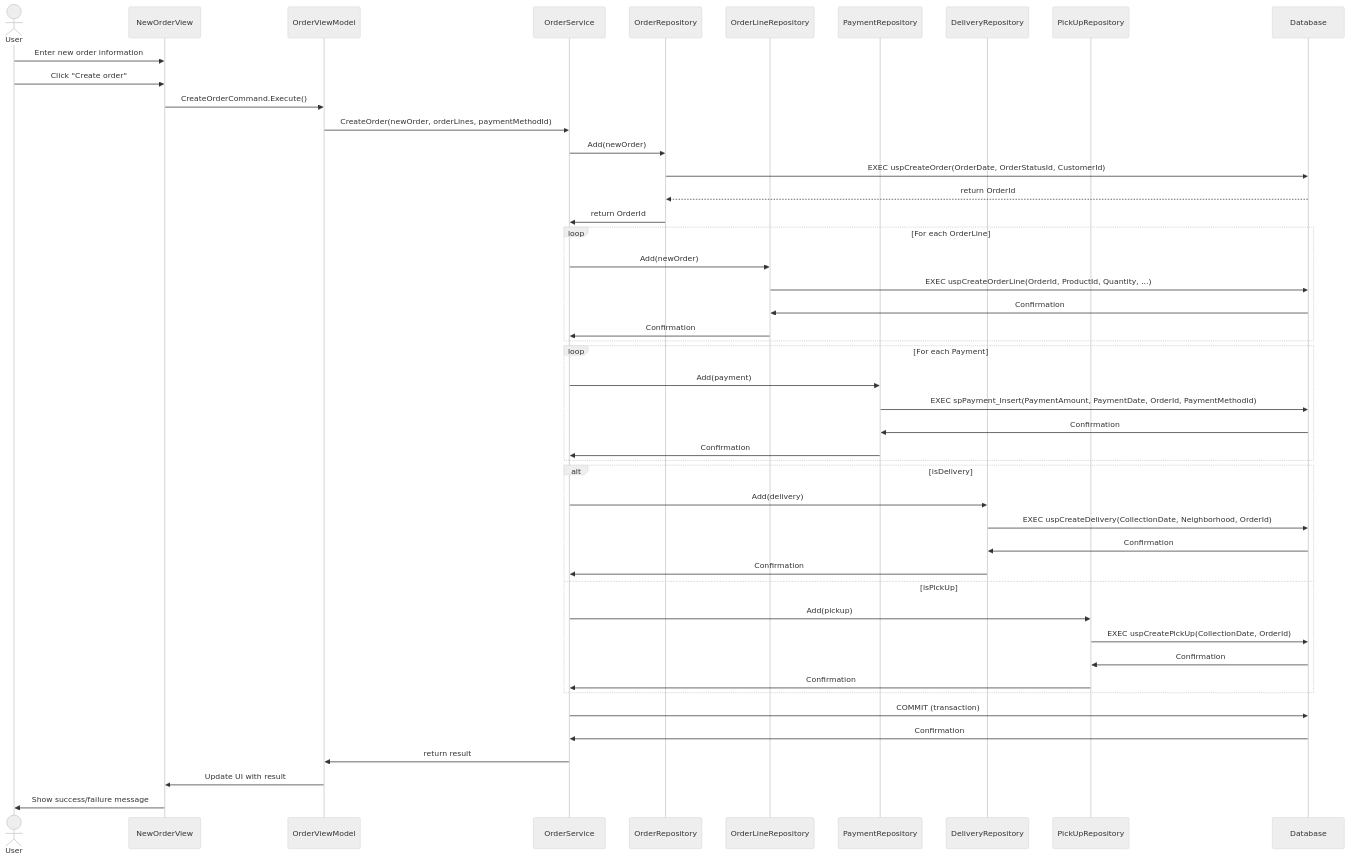
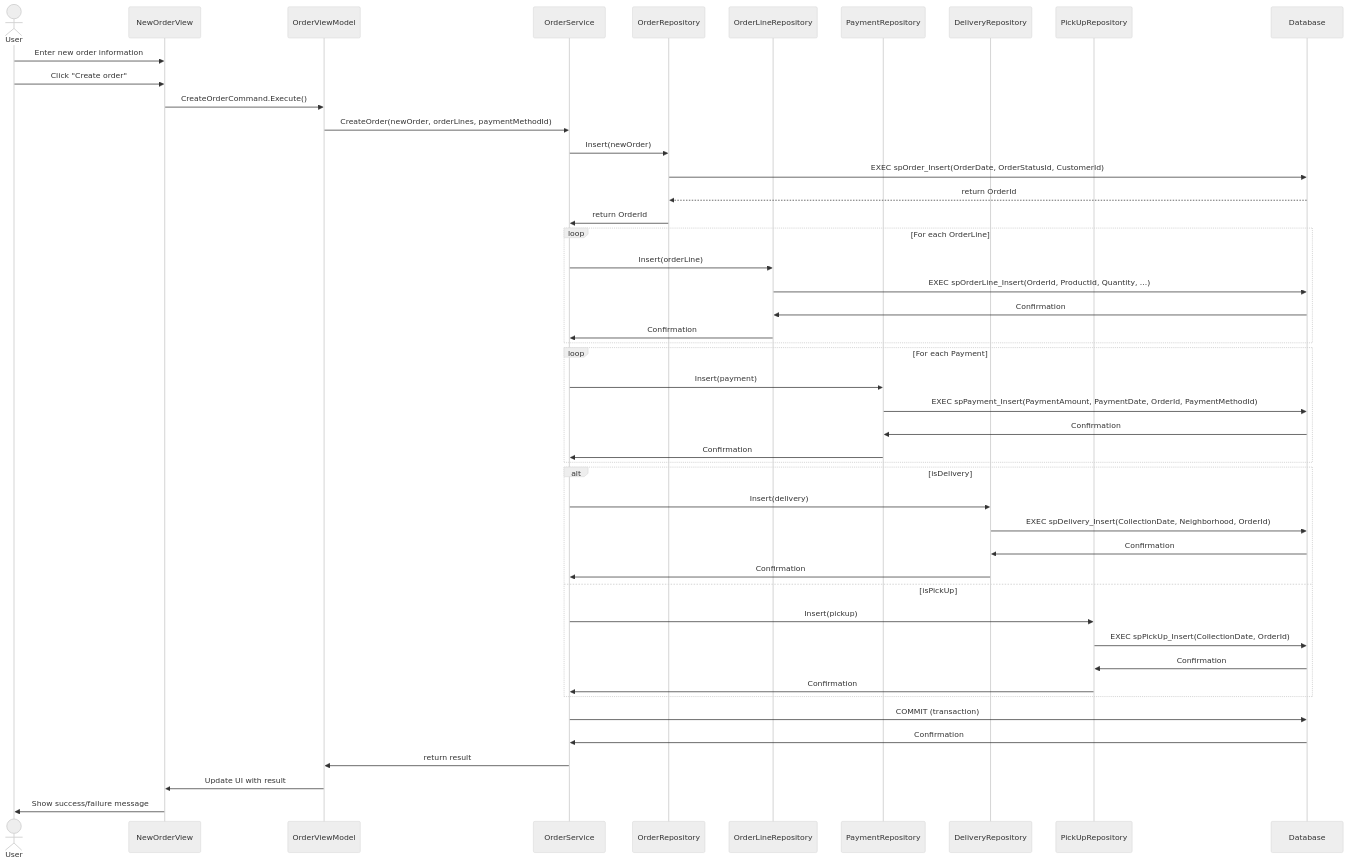
One commit to ilhamhashi/NBOrderManagerApp changed the diagram in OMSLibrary/UC1 - SD.mmd. Above: the diagram before and after it, drawn with Mermaid (neutral theme). The commit also changed 18 other files, not shown here.

```diff
--- a/OMSLibrary/UC1 - SD.mmd
+++ b/OMSLibrary/UC1 - SD.mmd
@@ -1,49 +1,49 @@
 sequenceDiagram 
 
 actor User 
 participant NewOrderView 
 participant OrderViewModel 
 participant OrderService 
 participant OrderRepository 
 participant OrderLineRepository 
 participant PaymentRepository 
 participant DeliveryRepository 
 participant PickUpRepository 
 participant Database 
 
 User->>NewOrderView: Enter new order information 
 User->>NewOrderView: Click "Create order" 
 NewOrderView->>OrderViewModel: CreateOrderCommand.Execute() 
 OrderViewModel->>OrderService: CreateOrder(newOrder, orderLines, paymentMethodId) 
-OrderService->>OrderRepository: Add(newOrder) 
-OrderRepository->>Database: EXEC uspCreateOrder(OrderDate, OrderStatusId, CustomerId) 
+OrderService->>OrderRepository: Insert(newOrder) 
+OrderRepository->>Database: EXEC spOrder_Insert(OrderDate, OrderStatusId, CustomerId) 
 Database-->>OrderRepository: return OrderId 
 OrderRepository->>OrderService: return OrderId 
 loop For each OrderLine 
-	OrderService ->> OrderLineRepository: Add(newOrder) 
-	OrderLineRepository ->> Database: EXEC uspCreateOrderLine(OrderId, ProductId, Quantity, ...) 
+	OrderService ->> OrderLineRepository: Insert(orderLine) 
+	OrderLineRepository ->> Database: EXEC spOrderLine_Insert(OrderId, ProductId, Quantity, ...) 
 	Database ->> OrderLineRepository: Confirmation 
 	OrderLineRepository ->> OrderService: Confirmation 
 end 
 loop For each Payment 
-	OrderService ->> PaymentRepository: Add(payment) 
+	OrderService ->> PaymentRepository: Insert(payment) 
 	PaymentRepository ->> Database: EXEC spPayment_Insert(PaymentAmount, PaymentDate, OrderId, PaymentMethodId) 
 	Database ->> PaymentRepository: Confirmation 
 	PaymentRepository ->> OrderService: Confirmation 
 end 
 alt isDelivery 
-	OrderService ->> DeliveryRepository: Add(delivery) 
-	DeliveryRepository->> Database: EXEC uspCreateDelivery(CollectionDate, Neighborhood, OrderId) 
+	OrderService ->> DeliveryRepository: Insert(delivery) 
+	DeliveryRepository->> Database: EXEC spDelivery_Insert(CollectionDate, Neighborhood, OrderId) 
 	Database ->> DeliveryRepository: Confirmation 
 	DeliveryRepository->> OrderService: Confirmation 
 else isPickUp 
-	OrderService ->> PickUpRepository: Add(pickup) 
-	PickUpRepository->> Database: EXEC uspCreatePickUp(CollectionDate, OrderId) 
+	OrderService ->> PickUpRepository: Insert(pickup) 
+	PickUpRepository->> Database: EXEC spPickUp_Insert(CollectionDate, OrderId) 
 	Database ->> PickUpRepository: Confirmation 
 	PickUpRepository->> OrderService: Confirmation 
 end 
 OrderService ->> Database: COMMIT (transaction) 
 Database ->> OrderService: Confirmation 
 OrderService ->> OrderViewModel: return result 
 OrderViewModel ->> NewOrderView: Update UI with result 
 NewOrderView->>User: Show success/failure message 
```
